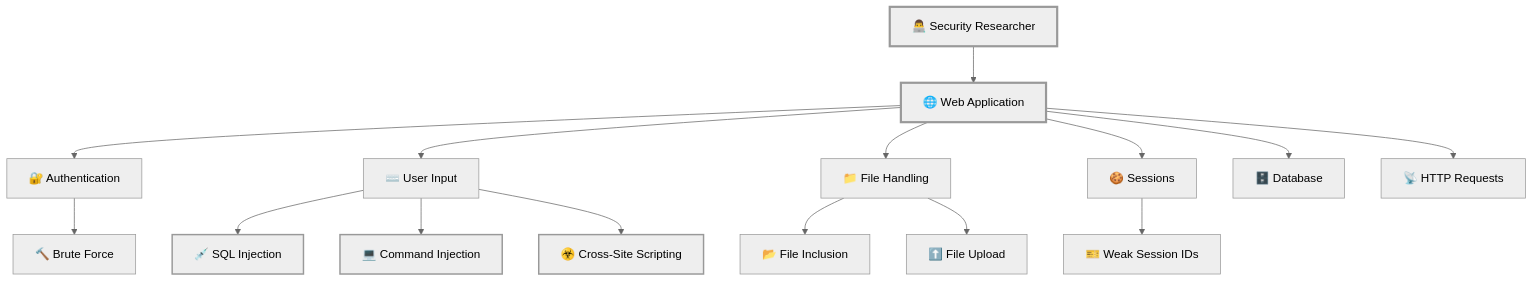
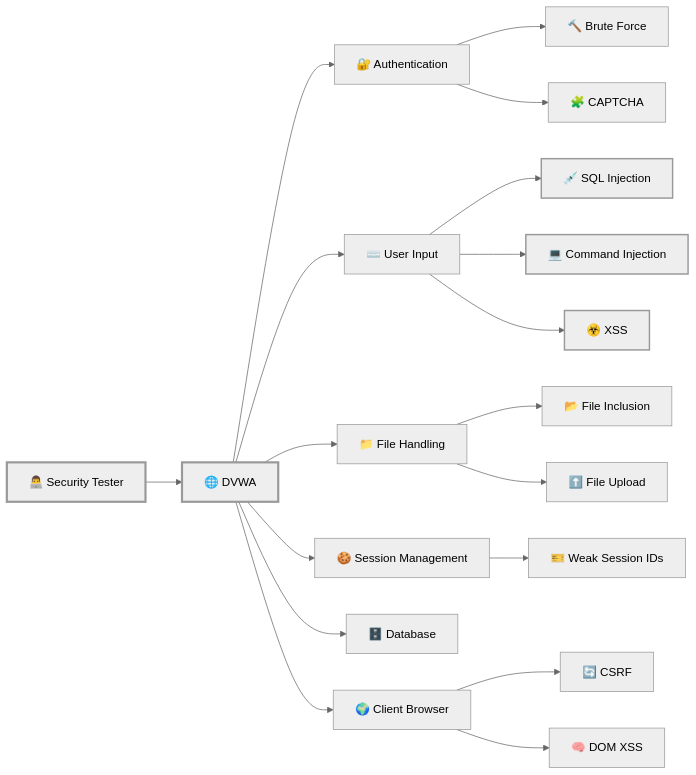
One commit to ua4157489-code/Cybersecurity-DevOps-Labs changed the first of 3 diagrams in DVWA/README.md. Above: the diagram before and after it, drawn with Mermaid (neutral theme). The commit also changed other lines of this file, not shown here.

Commit message:
docs: enhance DVWA README with visual security dashboard

````diff
--- a/DVWA/README.md
+++ b/DVWA/README.md
@@ -92,30 +134,35 @@
 ```mermaid
-flowchart TB
+flowchart LR
 
-    USER["👨‍💻 Security Researcher"]
+    A["👨‍💻 Security Tester"]
 
-    USER --> WEB["🌐 Web Application"]
+    A --> B["🌐 DVWA"]
 
-    WEB --> AUTH["🔐 Authentication"]
-    WEB --> INPUT["⌨️ User Input"]
-    WEB --> FILE["📁 File Handling"]
-    WEB --> SESSION["🍪 Sessions"]
-    WEB --> DB["🗄️ Database"]
-    WEB --> HTTP["📡 HTTP Requests"]
+    B --> C["🔐 Authentication"]
+    B --> D["⌨️ User Input"]
+    B --> E["📁 File Handling"]
+    B --> F["🍪 Session Management"]
+    B --> G["🗄️ Database"]
+    B --> H["🌍 Client Browser"]
 
-    INPUT --> SQL["💉 SQL Injection"]
-    INPUT --> CMD["💻 Command Injection"]
-    INPUT --> XSS["☣️ Cross-Site Scripting"]
+    C --> C1["🔨 Brute Force"]
+    C --> C2["🧩 CAPTCHA"]
 
-    FILE --> FI["📂 File Inclusion"]
-    FILE --> FU["⬆️ File Upload"]
+    D --> D1["💉 SQL Injection"]
+    D --> D2["💻 Command Injection"]
+    D --> D3["☣️ XSS"]
 
-    AUTH --> BF["🔨 Brute Force"]
-    SESSION --> SID["🎫 Weak Session IDs"]
+    E --> E1["📂 File Inclusion"]
+    E --> E2["⬆️ File Upload"]
 
-    style USER stroke-width:3px
-    style WEB stroke-width:3px
-    style SQL stroke-width:2px
-    style CMD stroke-width:2px
-    style XSS stroke-width:2px
+    F --> F1["🎫 Weak Session IDs"]
+
+    H --> H1["🔄 CSRF"]
+    H --> H2["🧠 DOM XSS"]
+
+    style A stroke-width:3px
+    style B stroke-width:3px
+    style D1 stroke-width:2px
+    style D2 stroke-width:2px
+    style D3 stroke-width:2px
 ```
````
